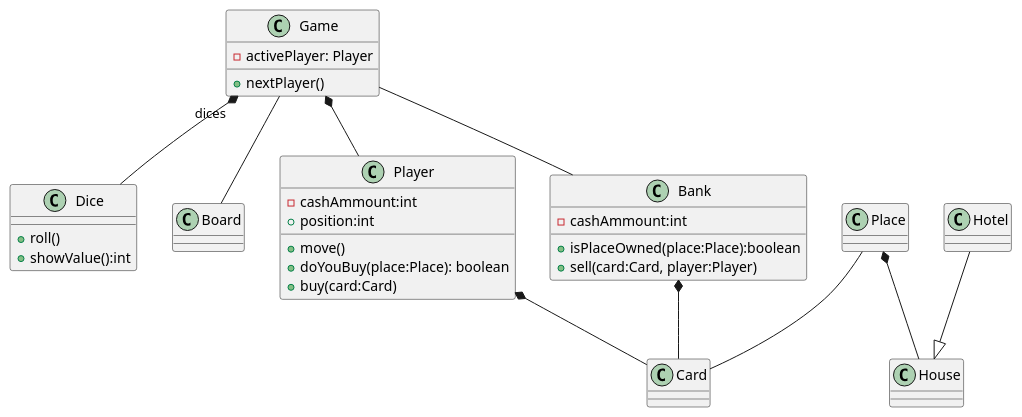
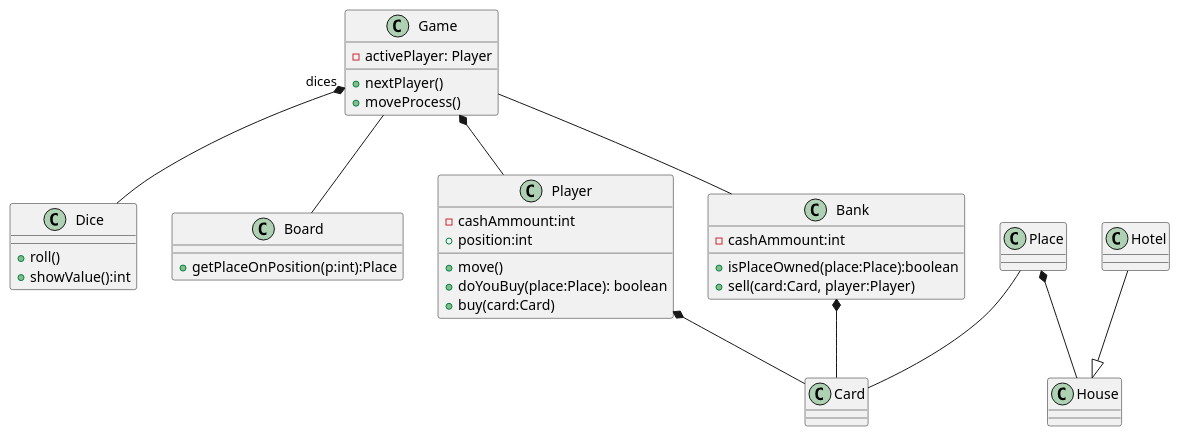
One commit to kpodlaski/ProjObj2019 changed the diagram in dzienne/gr2/monopoly/class_diagram.plantuml. Above: the diagram before and after it, drawn with PlantUML.

Commit message:
Stan na koniec zajęć 14.11.2019

```diff
--- a/dzienne/gr2/monopoly/class_diagram.plantuml
+++ b/dzienne/gr2/monopoly/class_diagram.plantuml
@@ -1,54 +1,58 @@
 @startuml
 
 Game "dices" *-- Dice
 Game -- Board
 Player *-- Card
 Bank *-- Card
 Place -- Card
 Game -- Bank
 Game *-- Player
 Hotel --|> House
 Place *-- House
 ' Komentarz
 /'
 Komentarz
 '/
 class Dice{
     +roll()
     +showValue():int
 }
 'Controller of the game process'
 class Game{
     -activePlayer: Player
     +nextPlayer()
+    'implements move activity diagram'
+    +moveProcess()
 }
-class Board
+class Board{
+    +getPlaceOnPosition(p:int):Place
+}
 class Bank{
     -cashAmmount:int
     +isPlaceOwned(place:Place):boolean
     /' 
         sell - operations:
         increase ammount, 
         remove card from bank,
         invoke buy on player
     '/
     +sell(card:Card, player:Player)
 }
 class Place
 class Player{
     -cashAmmount:int
     +position:int 
     +move()
     +doYouBuy(place:Place): boolean
     /' 
         buy - operations:
         decrease ammount, 
         add card
     '/
     +buy(card:Card)
 }
 class Card
 class House
 class Hotel
 
 @enduml
```
